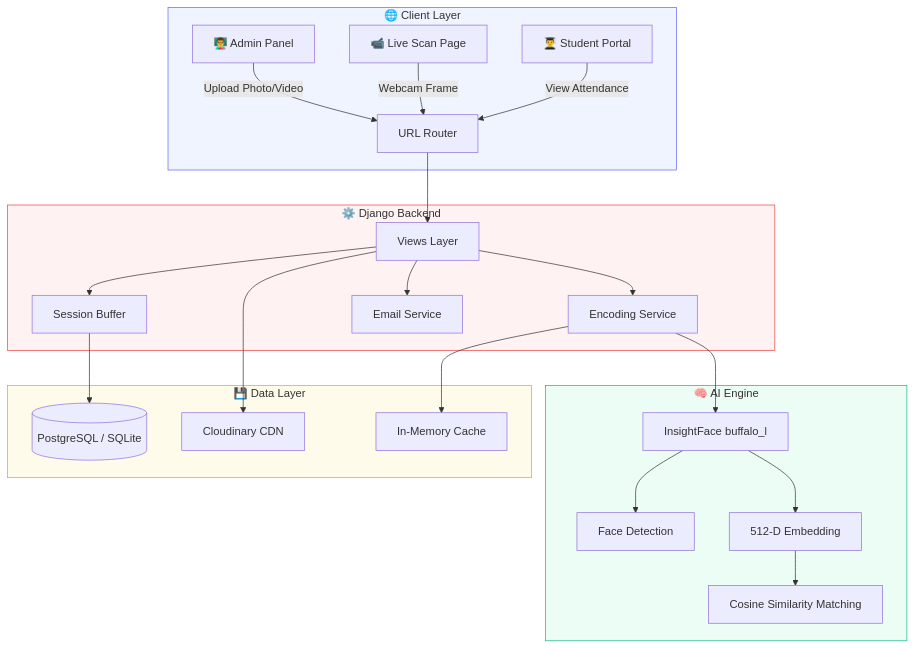
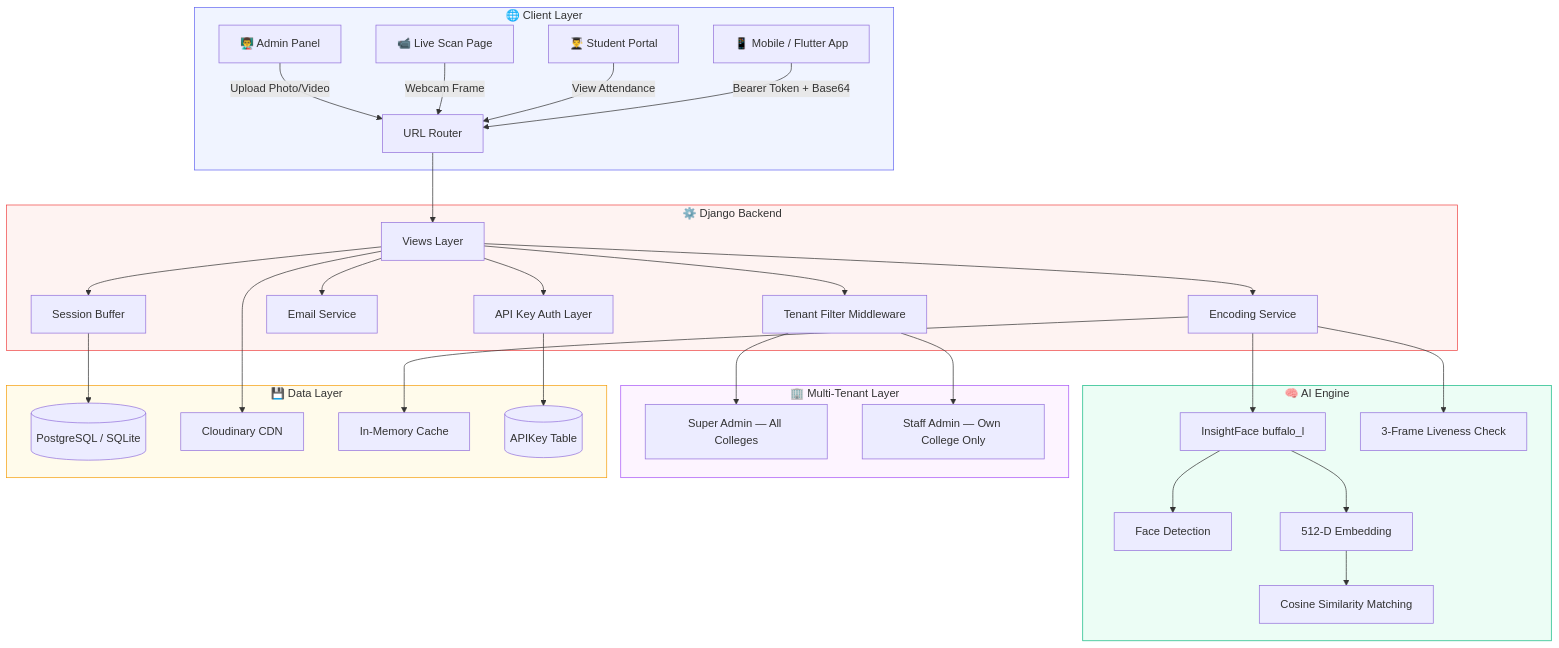
Before and after one commit to nensiandani/Face-Recognition-Attendance: the first of 6 diagrams in README.md, drawn with Mermaid. The commit also changed other lines of this file, not shown here.

First line of the commit message:
Update README with new features and architecture

````diff
--- a/README.md
+++ b/README.md
@@ -139,33 +194,44 @@
 ```mermaid
 graph TB
     subgraph Client["🌐 Client Layer"]
         A[👨‍🏫 Admin Panel] --> |Upload Photo/Video| B
         C[📹 Live Scan Page] --> |Webcam Frame| B
         E[👨‍🎓 Student Portal] --> |View Attendance| B
+        M[📱 Mobile / Flutter App] --> |Bearer Token + Base64| B
     end
 
     subgraph Server["⚙️ Django Backend"]
         B[URL Router] --> F[Views Layer]
         F --> G[Encoding Service]
         F --> H[Session Buffer]
         F --> I[Email Service]
+        F --> T[Tenant Filter Middleware]
+        F --> K2[API Key Auth Layer]
     end
 
     subgraph AI["🧠 AI Engine"]
         G --> J[InsightFace buffalo_l]
         J --> K[Face Detection]
         J --> L[512-D Embedding]
-        L --> M[Cosine Similarity Matching]
+        L --> M2[Cosine Similarity Matching]
+        G --> LV[3-Frame Liveness Check]
+    end
+
+    subgraph Tenant["🏢 Multi-Tenant Layer"]
+        T --> SA[Super Admin — All Colleges]
+        T --> CA[Staff Admin — Own College Only]
     end
 
     subgraph Storage["💾 Data Layer"]
         H --> N[(PostgreSQL / SQLite)]
         F --> O[Cloudinary CDN]
         G --> P[In-Memory Cache]
+        K2 --> AK[(APIKey Table)]
     end
 
     style Client fill:#f0f4ff,stroke:#6366f1
     style Server fill:#fef3f2,stroke:#ef4444
     style AI fill:#ecfdf5,stroke:#10b981
+    style Tenant fill:#fdf4ff,stroke:#a855f7
     style Storage fill:#fffbeb,stroke:#f59e0b
 ```
````
